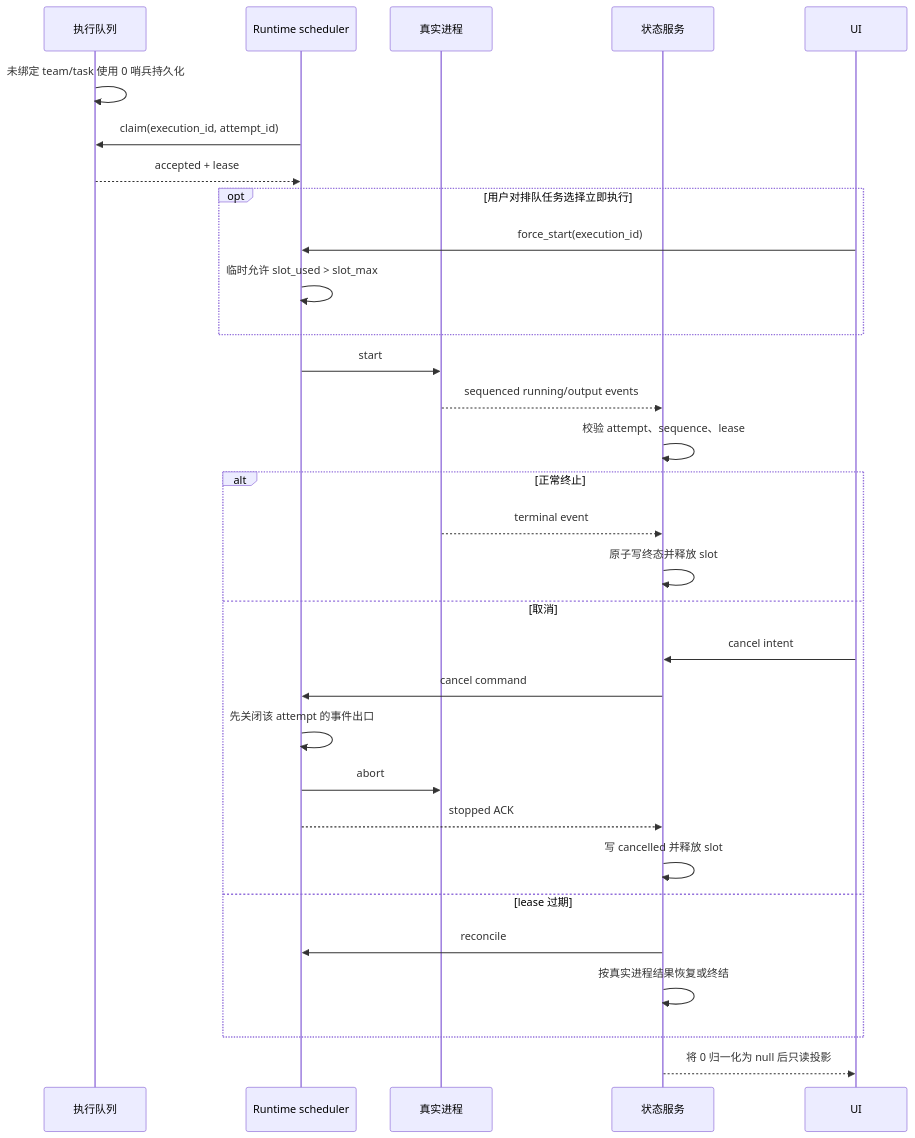
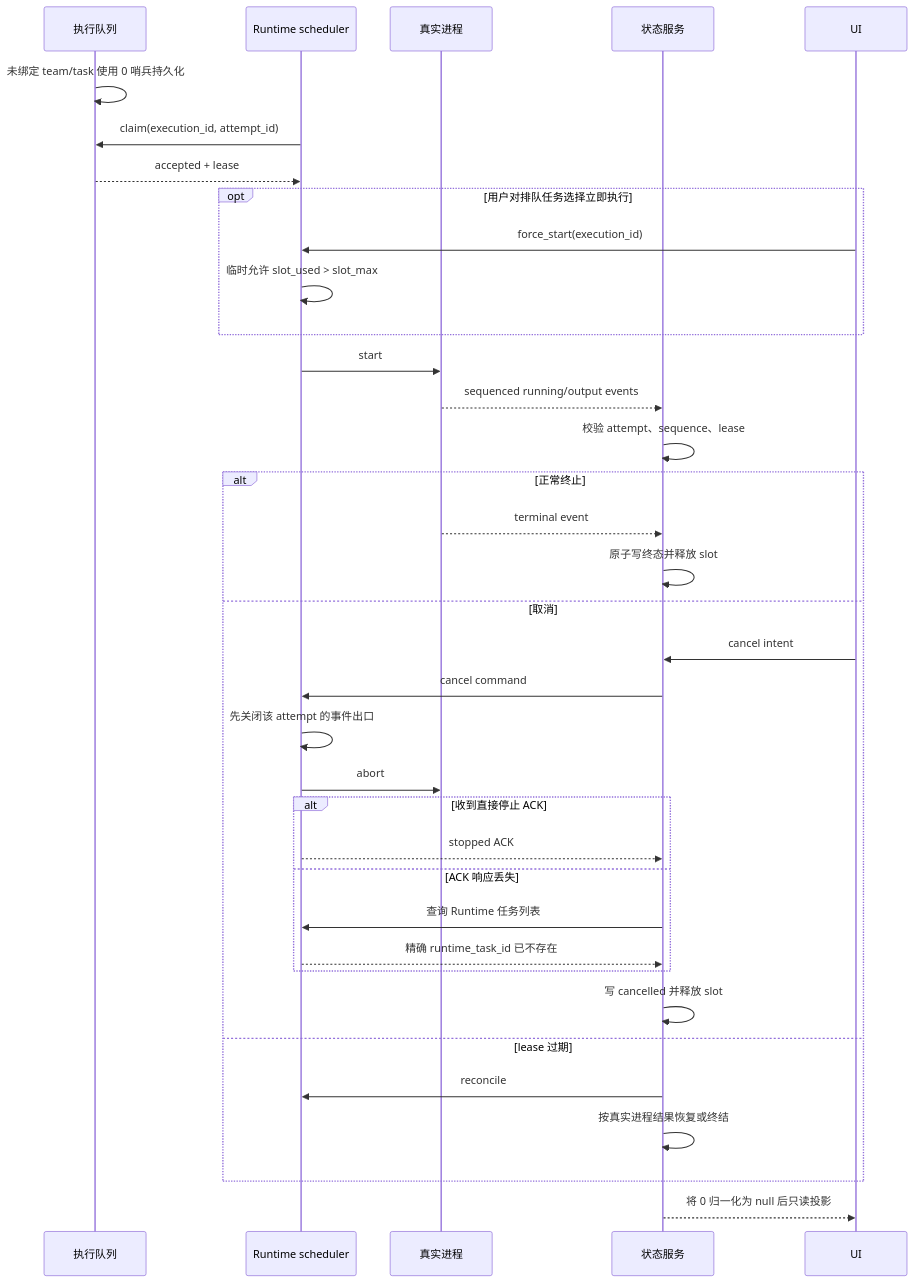
One commit to wecode-ai/wegent-docs changed the second of 2 diagrams in i18n/zh/docusaurus-plugin-content-docs/current/architecture/project-execution-state.md. Above: the diagram before and after it, drawn with Mermaid. The commit also changed other lines of this file and 17 other files, not shown here.

````diff
--- a/i18n/zh/docusaurus-plugin-content-docs/current/architecture/project-execution-state.md
+++ b/i18n/zh/docusaurus-plugin-content-docs/current/architecture/project-execution-state.md
@@ -28,34 +28,39 @@
 ```mermaid
 sequenceDiagram
     participant Q as 执行队列
     participant R as Runtime scheduler
     participant P as 真实进程
     participant S as 状态服务
     participant U as UI
 
     Q->>Q: 未绑定 team/task 使用 0 哨兵持久化
     R->>Q: claim(execution_id, attempt_id)
     Q-->>R: accepted + lease
     opt 用户对排队任务选择立即执行
         U->>R: force_start(execution_id)
         R->>R: 临时允许 slot_used > slot_max
     end
     R->>P: start
     P-->>S: sequenced running/output events
     S->>S: 校验 attempt、sequence、lease
     alt 正常终止
         P-->>S: terminal event
         S->>S: 原子写终态并释放 slot
     else 取消
         U->>S: cancel intent
         S->>R: cancel command
         R->>R: 先关闭该 attempt 的事件出口
         R->>P: abort
-        R-->>S: stopped ACK
+        alt 收到直接停止 ACK
+            R-->>S: stopped ACK
+        else ACK 响应丢失
+            S->>R: 查询 Runtime 任务列表
+            R-->>S: 精确 runtime_task_id 已不存在
+        end
         S->>S: 写 cancelled 并释放 slot
     else lease 过期
         S->>R: reconcile
         S->>S: 按真实进程结果恢复或终结
     end
     S-->>U: 将 0 归一化为 null 后只读投影
 ```
````
